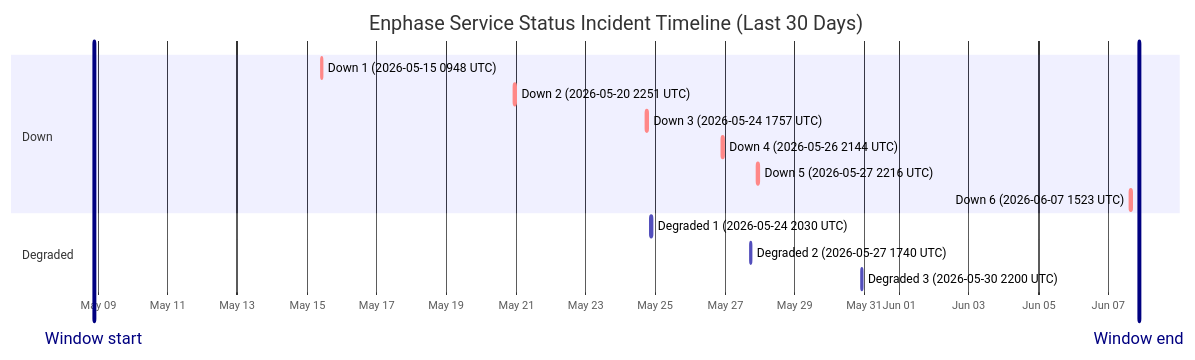
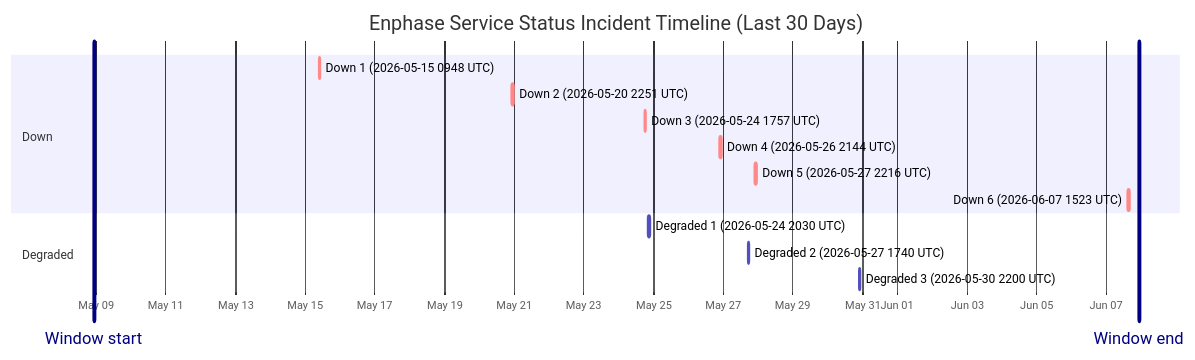
The diagram in wiki/Service-Status-History.md (barneyonline/ha-enphase-energy), drawn with Mermaid before and after one commit. The commit also changed other lines of this file and 3 other files, not shown here.

````diff
--- a/wiki/Service-Status-History.md
+++ b/wiki/Service-Status-History.md
@@ -14,19 +14,19 @@
 ```mermaid
 gantt
     title Enphase Service Status Incident Timeline (Last 30 Days)
     dateFormat  YYYY-MM-DDTHH:mm:ss
     axisFormat  %b %d
-    Window start :vert, window-start, 2026-05-08T21:11:12, 0ms
-    Window end :vert, window-end, 2026-06-07T21:11:12, 0ms
+    Window start :vert, window-start, 2026-05-08T22:36:36, 0ms
+    Window end :vert, window-end, 2026-06-07T22:36:36, 0ms
     section Down
     Down 1 (2026-05-15 0948 UTC) :crit, down-1, 2026-05-15T09:48:18, 60m
     Down 2 (2026-05-20 2251 UTC) :crit, down-2, 2026-05-20T22:51:14, 75m
     Down 3 (2026-05-24 1757 UTC) :crit, down-3, 2026-05-24T17:57:41, 86m
     Down 4 (2026-05-26 2144 UTC) :crit, down-4, 2026-05-26T21:44:11, 85m
     Down 5 (2026-05-27 2216 UTC) :crit, down-5, 2026-05-27T22:16:53, 87m
     Down 6 (2026-06-07 1523 UTC) :crit, down-6, 2026-06-07T15:23:22, 87m
     section Degraded
     Degraded 1 (2026-05-24 2030 UTC) :active, degraded-1, 2026-05-24T20:30:57, 84m
     Degraded 2 (2026-05-27 1740 UTC) :active, degraded-2, 2026-05-27T17:40:52, 60m
     Degraded 3 (2026-05-30 2200 UTC) :active, degraded-3, 2026-05-30T22:00:37, 60m
 ```
````
